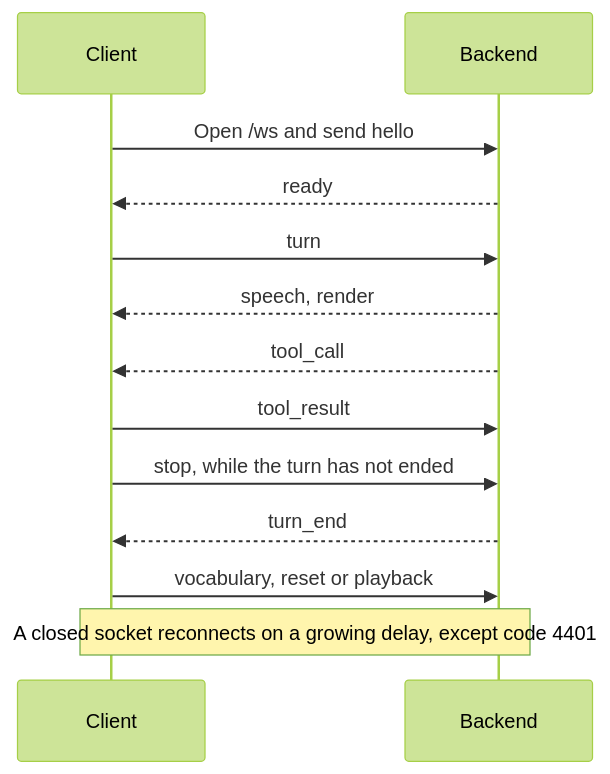
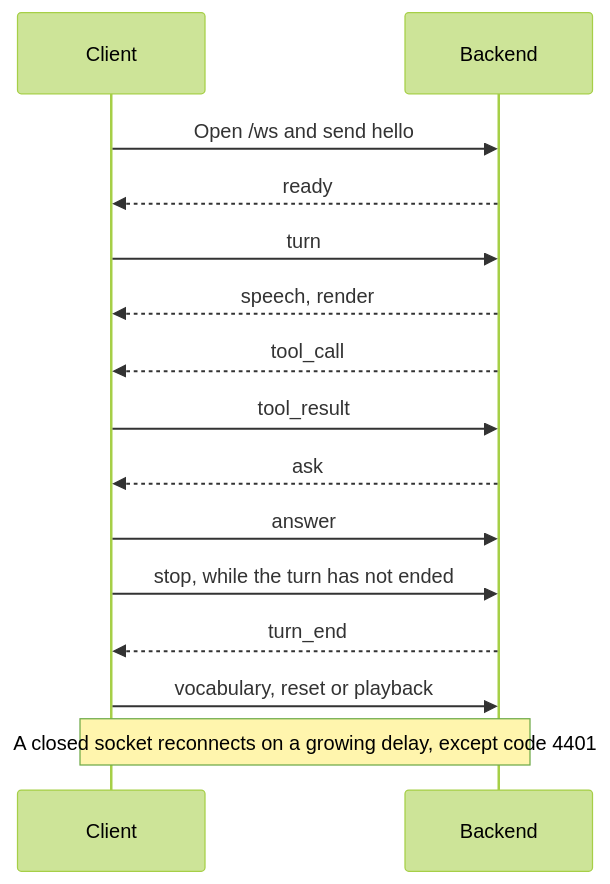
One commit to yw0nam/YUI changed the diagram in docs/reference/push-transport.md. Above: the diagram before and after it, drawn with Mermaid (forest theme). The commit also changed other lines of this file and 3 other files, not shown here.

````diff
--- a/docs/reference/push-transport.md
+++ b/docs/reference/push-transport.md
@@ -8,15 +8,17 @@
 ```mermaid
 sequenceDiagram
   participant C as Client
   participant B as Backend
   C->>B: Open /ws and send hello
   B-->>C: ready
   C->>B: turn
   B-->>C: speech, render
   B-->>C: tool_call
   C->>B: tool_result
+  B-->>C: ask
+  C->>B: answer
   C->>B: stop, while the turn has not ended
   B-->>C: turn_end
   C->>B: vocabulary, reset or playback
   Note over C,B: A closed socket reconnects on a growing delay, except code 4401
 ```
````
